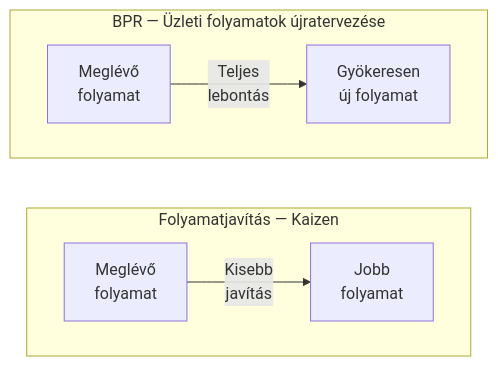
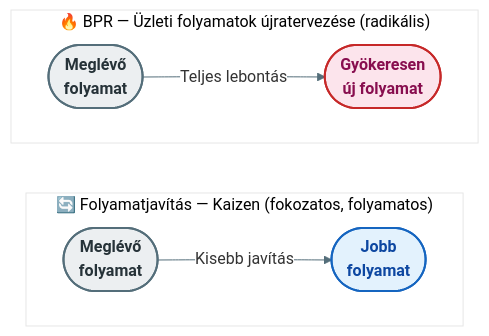
The second of 2 diagrams in Tételek/V13-GMXIV2MBLF-ERP bevezetése és BPR.tétel.md (denespocsik/MM_BSC_Zarovizsga), drawn with Mermaid before and after one commit. The commit also changed other lines of this file and 4 other files, not shown here.

First line of the commit message:
docs(záróvizsga): modernize Mermaid diagrams in V11–V15, enrich GMXIV2MBLF content

````diff
--- a/Tételek/V13-GMXIV2MBLF-ERP bevezetése és BPR.tétel.md
+++ b/Tételek/V13-GMXIV2MBLF-ERP bevezetése és BPR.tétel.md
@@ -77,11 +81,16 @@
 ```mermaid
+%%{init: {'theme': 'base', 'themeVariables': {'primaryColor': '#FFF', 'lineColor': '#546E7A'}}}%%
 flowchart LR
-    subgraph Kaizen["Folyamatjavítás — Kaizen"]
+    classDef neutral fill:#ECEFF1,stroke:#546E7A,stroke-width:2px,color:#263238,font-weight:bold
+    classDef kaizen  fill:#E3F2FD,stroke:#1565C0,stroke-width:2px,color:#0D47A1,font-weight:bold
+    classDef bpr     fill:#FCE4EC,stroke:#C62828,stroke-width:2px,color:#880E4F,font-weight:bold
+
+    subgraph KAI["🔄  Folyamatjavítás — Kaizen (fokozatos, folyamatos)"]
         direction LR
-        K1["Meglévő\nfolyamat"] -->|"Kisebb\njavítás"| K2["Jobb\nfolyamat"]
+        K1(["Meglévő\nfolyamat"]):::neutral -->|"Kisebb javítás"| K2(["Jobb\nfolyamat"]):::kaizen
     end
-    subgraph BPR_["BPR — Üzleti folyamatok újratervezése"]
+    subgraph BPR_["🔥  BPR — Üzleti folyamatok újratervezése (radikális)"]
         direction LR
-        B1["Meglévő\nfolyamat"] -->|"Teljes\nlebontás"| B2["Gyökeresen\núj folyamat"]
+        B1(["Meglévő\nfolyamat"]):::neutral -->|"Teljes lebontás"| B2(["Gyökeresen\núj folyamat"]):::bpr
     end
 ```
````
